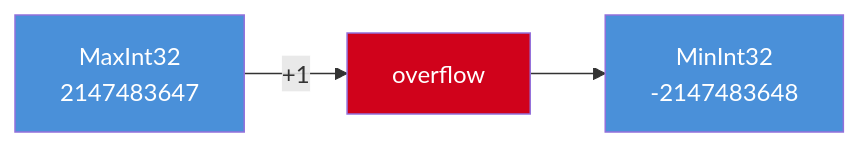
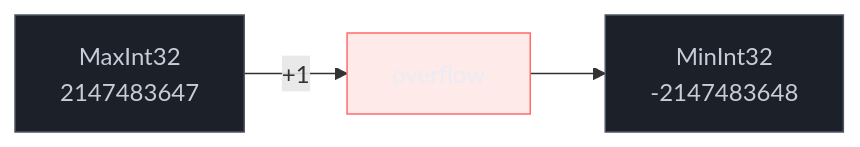
The second of 3 diagrams in 03-Dominios/Tecnologia/Go/19 - Segurança/07 - Secure coding patterns.md (josenaldo/codex-technomanticus), drawn with Mermaid before and after one commit. The commit also changed other lines of this file and 1181 other files, not shown here.

First line of the commit message:
fix(diagramas): paleta do sistema no lugar de cor cravada no markdown

````diff
--- a/03-Dominios/Tecnologia/Go/19 - Segurança/07 - Secure coding patterns.md
+++ b/03-Dominios/Tecnologia/Go/19 - Segurança/07 - Secure coding patterns.md
@@ -181,9 +183,11 @@
 ```mermaid
 flowchart LR
+    classDef neutro fill:#1B2029,stroke:#4E5666,color:#C6CCD8
+    classDef falha fill:#FF6B6B24,stroke:#FF6B6B,color:#E9ECF2
     A["MaxInt32\n2147483647"] -->|"+1"| B["overflow"]
     B --> C["MinInt32\n-2147483648"]
 
-    style A fill:#4A90D9,color:#fff
-    style B fill:#D0021B,color:#fff
-    style C fill:#4A90D9,color:#fff
+    class A neutro
+    class B falha
+    class C neutro
 ```
````
